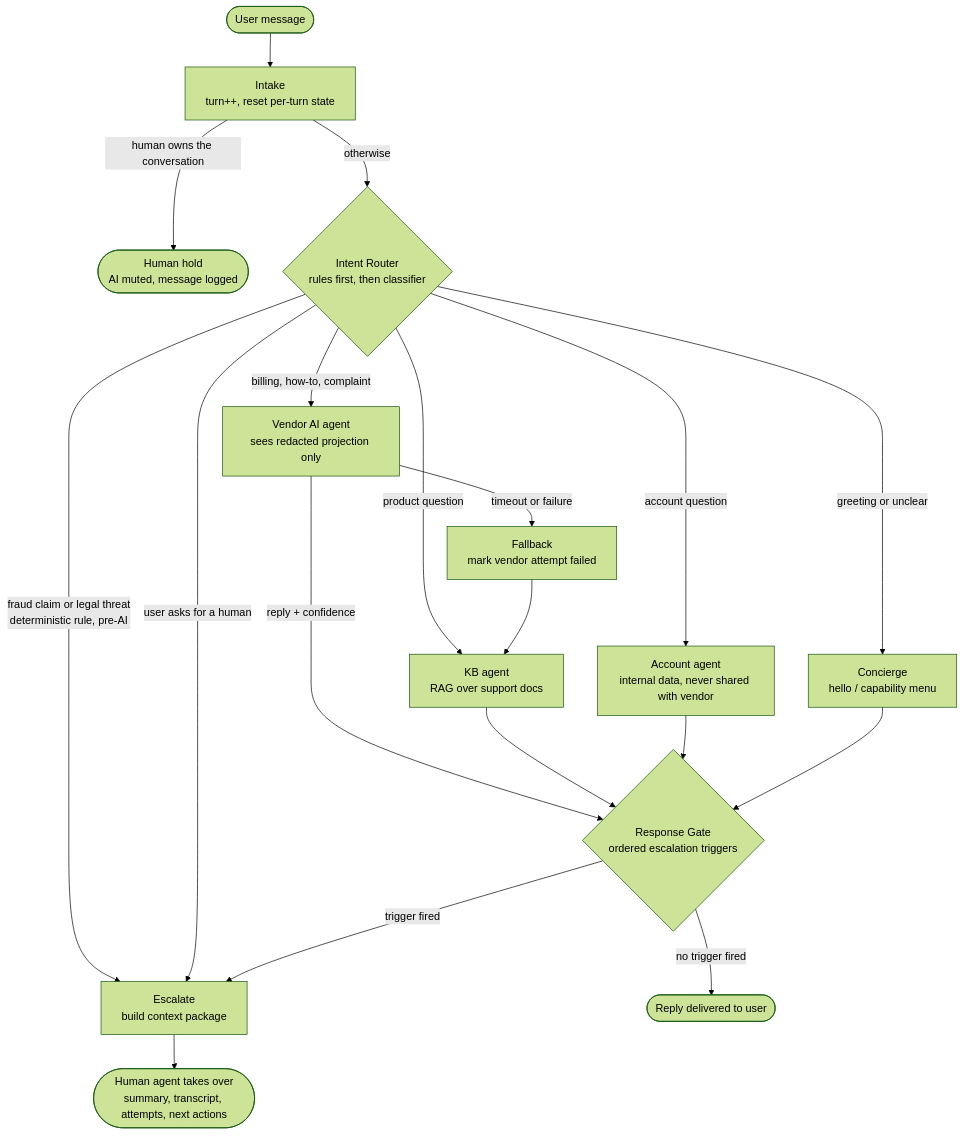
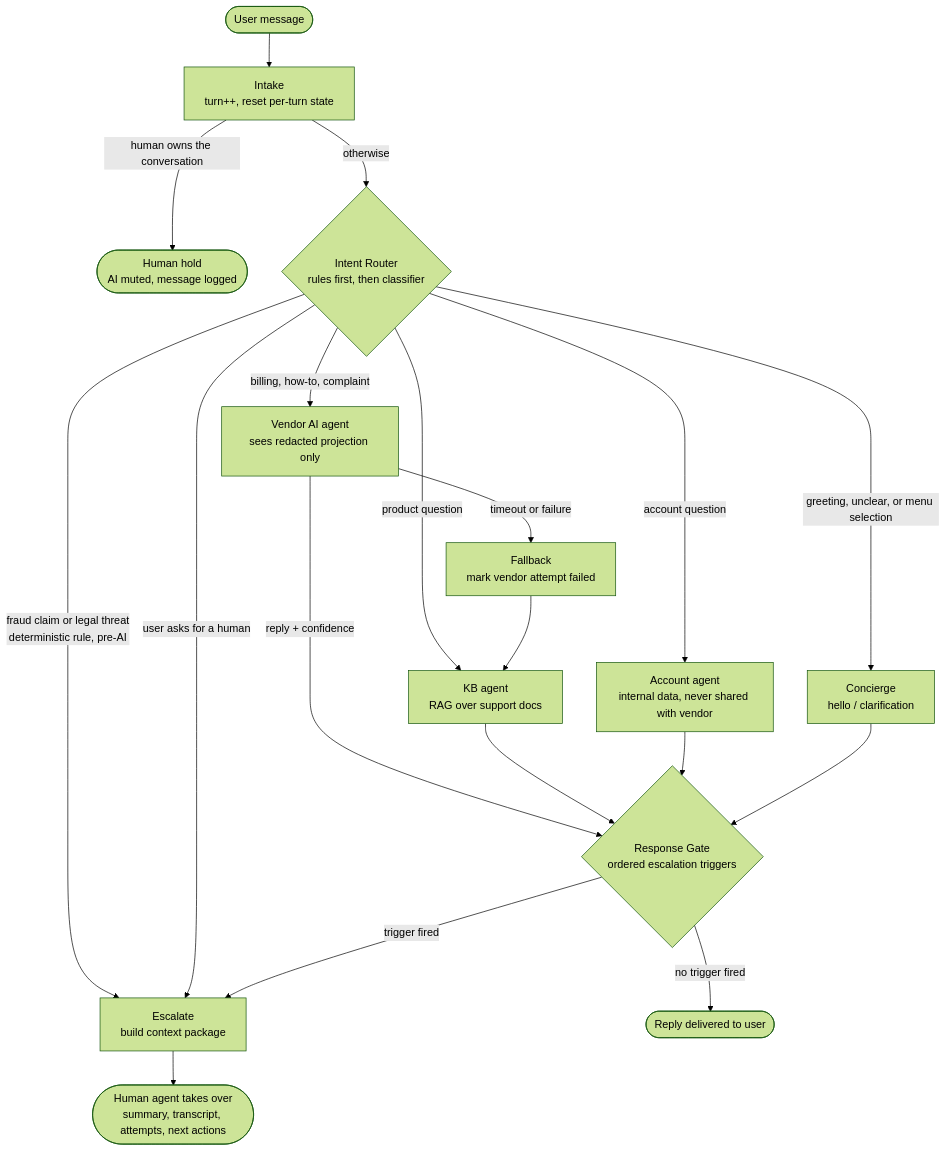
Before and after one commit to el-gabri/ledgerly: the first of 2 diagrams in docs/FLOW.md, drawn with Mermaid (forest theme). The commit also changed other lines of this file and 41 other files, not shown here.

````diff
--- a/docs/FLOW.md
+++ b/docs/FLOW.md
@@ -9,24 +9,24 @@
 ```mermaid
 flowchart TD
     U([User message]) --> IN["Intake<br/>turn++, reset per-turn state"]
     IN -->|human owns the conversation| HH(["Human hold<br/>AI muted, message logged"])
     IN -->|otherwise| R{"Intent Router<br/>rules first, then classifier"}
 
     R -->|fraud claim or legal threat<br/>deterministic rule, pre-AI| E
     R -->|user asks for a human| E
     R -->|billing, how-to, complaint| V["Vendor AI agent<br/>sees redacted projection only"]
     R -->|product question| K["KB agent<br/>RAG over support docs"]
     R -->|account question| A["Account agent<br/>internal data, never shared with vendor"]
-    R -->|greeting or unclear| C["Concierge<br/>hello / capability menu"]
+    R -->|greeting, unclear, or menu selection| C["Concierge<br/>hello / clarification"]
 
     V -->|reply + confidence| G
     V -->|timeout or failure| F["Fallback<br/>mark vendor attempt failed"]
     F --> K
     K --> G{"Response Gate<br/>ordered escalation triggers"}
     A --> G
     C --> G
 
     G -->|no trigger fired| OUT([Reply delivered to user])
     G -->|trigger fired| E["Escalate<br/>build context package"]
     E --> H(["Human agent takes over<br/>summary, transcript, attempts, next actions"])
 ```
````
